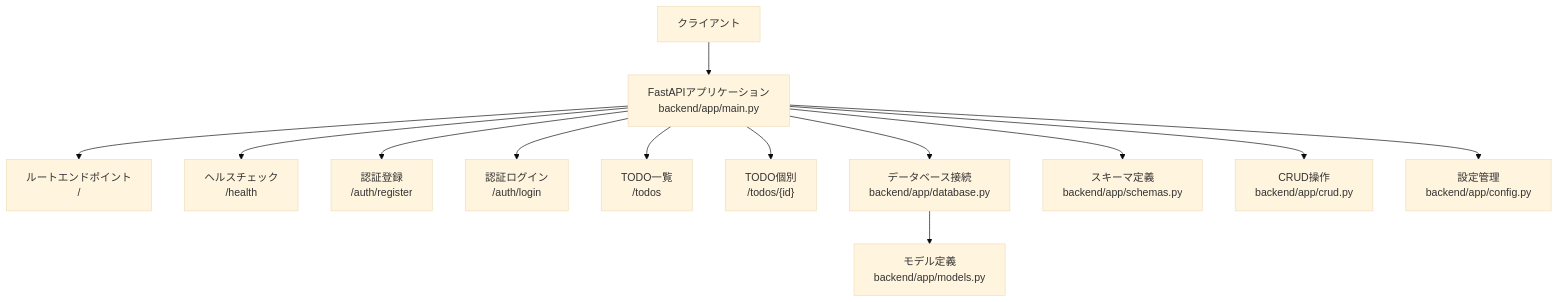
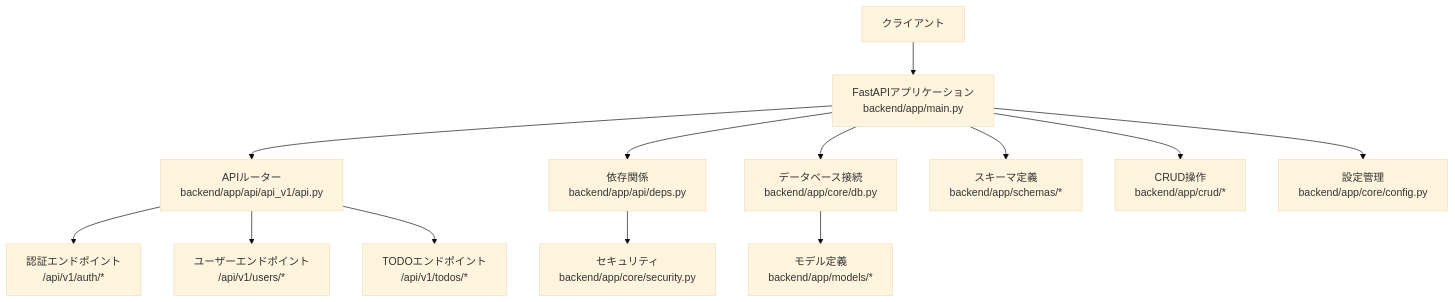
The first of 6 diagrams in .qoder/repowiki/ja/content/APIリファレンス/APIリファレンス.md (ss8806/Todos), drawn with Mermaid (base theme) before and after one commit. The commit also changed other lines of this file and 5 other files, not shown here.

````diff
--- a/.qoder/repowiki/ja/content/APIリファレンス/APIリファレンス.md
+++ b/.qoder/repowiki/ja/content/APIリファレンス/APIリファレンス.md
@@ -42,28 +56,28 @@
 ```mermaid
 graph TB
 client["クライアント"]
 fastapi_app["FastAPIアプリケーション<br/>backend/app/main.py"]
-api_root["ルートエンドポイント<br/>/"]
-health_endpoint["ヘルスチェック<br/>/health"]
-auth_register["認証登録<br/>/auth/register"]
-auth_login["認証ログイン<br/>/auth/login"]
-todos_list["TODO一覧<br/>/todos"]
-todos_item["TODO個別<br/>/todos/{id}"]
-db["データベース接続<br/>backend/app/database.py"]
-models["モデル定義<br/>backend/app/models.py"]
-schemas["スキーマ定義<br/>backend/app/schemas.py"]
-crud["CRUD操作<br/>backend/app/crud.py"]
-config["設定管理<br/>backend/app/config.py"]
+api_router["APIルーター<br/>backend/app/api/api_v1/api.py"]
+auth_endpoint["認証エンドポイント<br/>/api/v1/auth/*"]
+users_endpoint["ユーザーエンドポイント<br/>/api/v1/users/*"]
+todos_endpoint["TODOエンドポイント<br/>/api/v1/todos/*"]
+deps["依存関係<br/>backend/app/api/deps.py"]
+security["セキュリティ<br/>backend/app/core/security.py"]
+db["データベース接続<br/>backend/app/core/db.py"]
+models["モデル定義<br/>backend/app/models/*"]
+schemas["スキーマ定義<br/>backend/app/schemas/*"]
+crud["CRUD操作<br/>backend/app/crud/*"]
+config["設定管理<br/>backend/app/core/config.py"]
 client --> fastapi_app
-fastapi_app --> api_root
-fastapi_app --> health_endpoint
-fastapi_app --> auth_register
-fastapi_app --> auth_login
-fastapi_app --> todos_list
-fastapi_app --> todos_item
+fastapi_app --> api_router
+api_router --> auth_endpoint
+api_router --> users_endpoint
+api_router --> todos_endpoint
+fastapi_app --> deps
+deps --> security
 fastapi_app --> db
 db --> models
 fastapi_app --> schemas
 fastapi_app --> crud
 fastapi_app --> config
 ```
````
